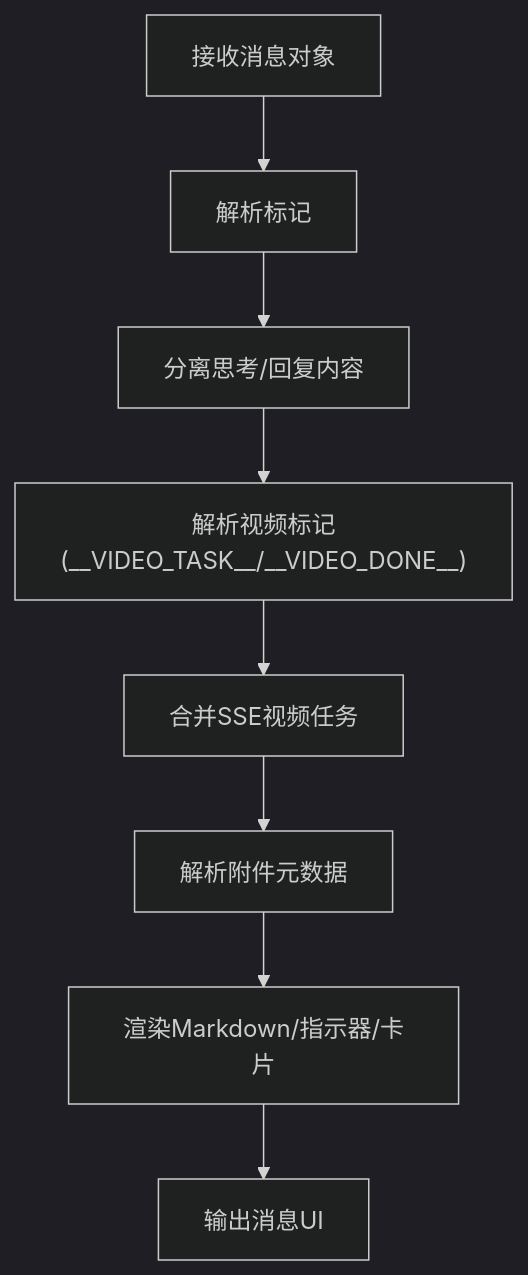
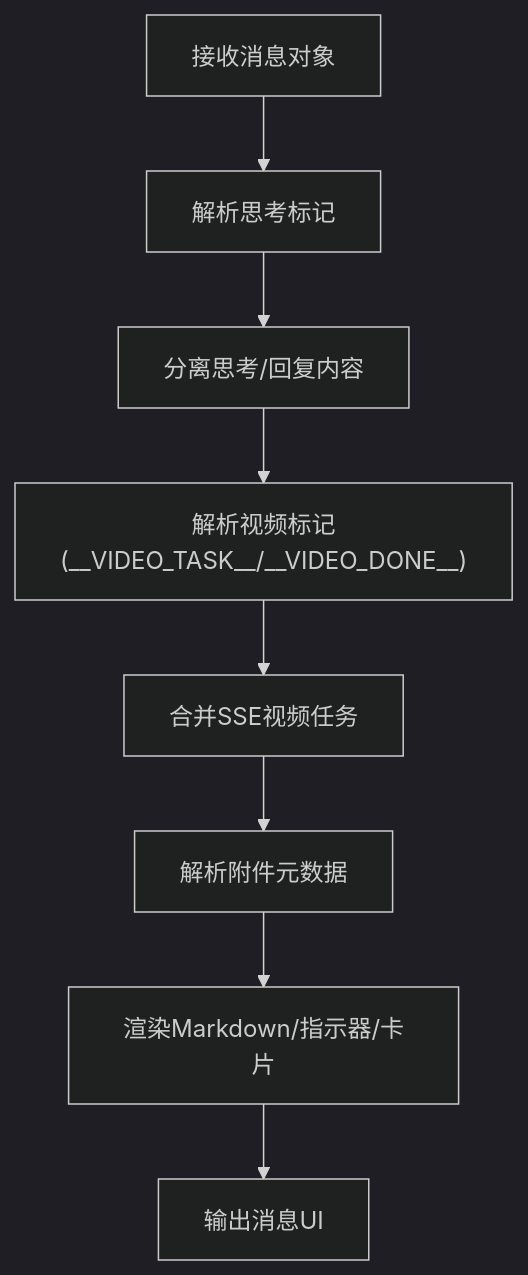
Before and after one commit to KunLabAI/KunFlix: the fifth of 10 diagrams in .qoder/repowiki/zh/content/前端组件系统/AI助手组件/AI助手组件.md, drawn with Mermaid (dark theme). The commit also changed other lines of this file and 21 other files, not shown here.

````diff
--- a/.qoder/repowiki/zh/content/前端组件系统/AI助手组件/AI助手组件.md
+++ b/.qoder/repowiki/zh/content/前端组件系统/AI助手组件/AI助手组件.md
@@ -261,10 +268,10 @@
 ```mermaid
 flowchart TD
-In["接收消息对象"] --> ParseThink["解析<think>标记"]
+In["接收消息对象"] --> ParseThink["解析思考标记"]
 ParseThink --> Split["分离思考/回复内容"]
 Split --> ParseVideo["解析视频标记(__VIDEO_TASK__/__VIDEO_DONE__)"]
 ParseVideo --> MergeVid["合并SSE视频任务"]
 MergeVid --> Attach["解析附件元数据"]
 Attach --> Render["渲染Markdown/指示器/卡片"]
 Render --> Out["输出消息UI"]
 ```
````
